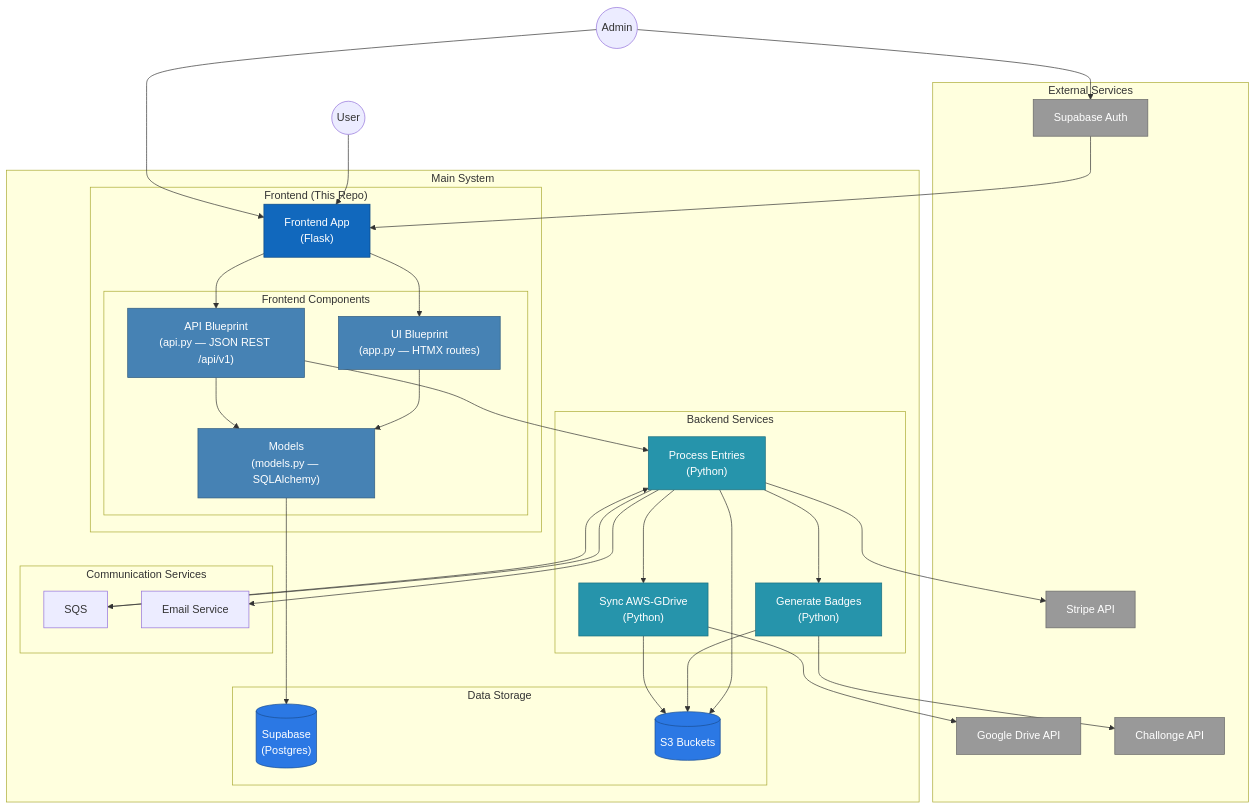
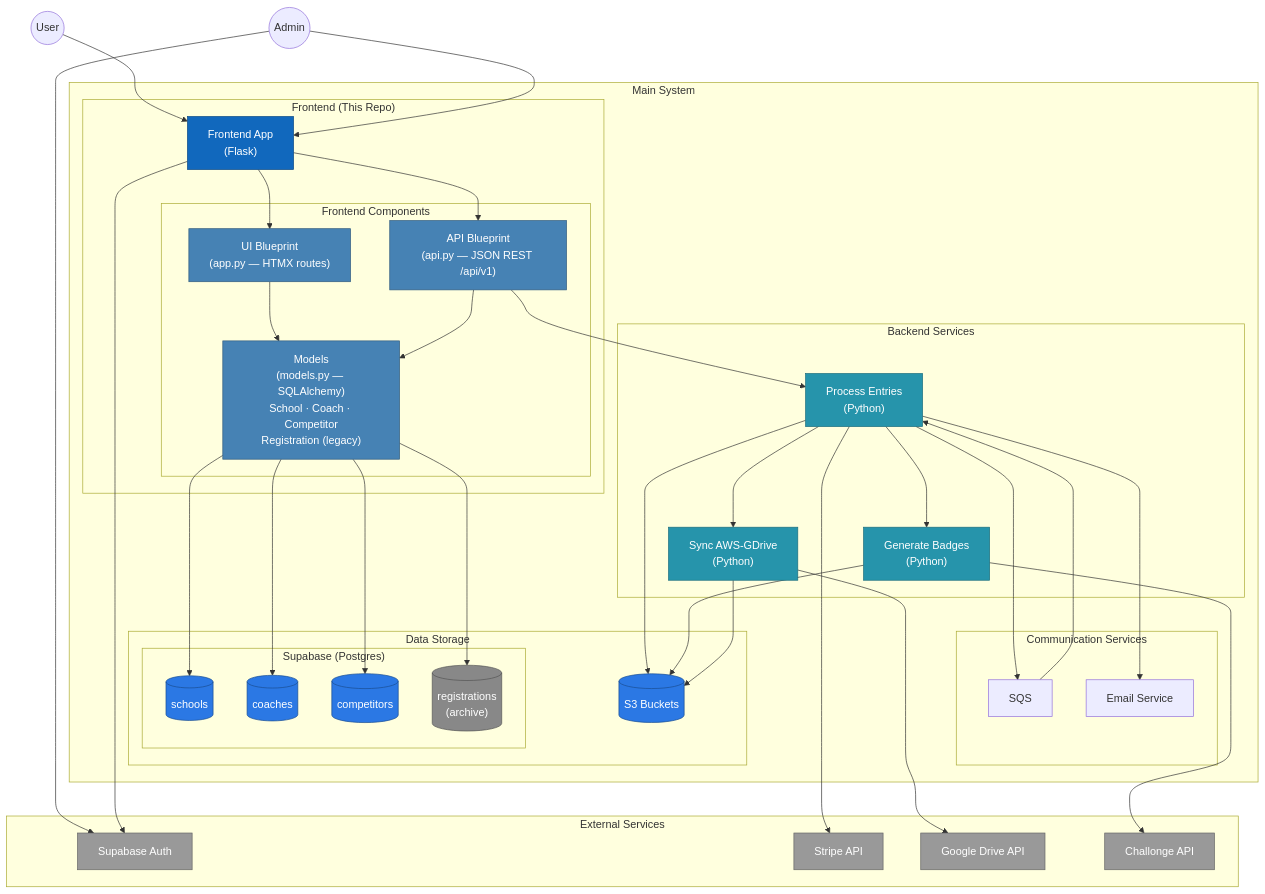
Before and after one commit to audioboxer217/tkd_registration_frontend: the diagram in README.md, drawn with Mermaid. The commit also changed other lines of this file, not shown here.

Commit message:
Update README to reflect refactored DB schema and diagram

````diff
--- a/README.md
+++ b/README.md
@@ -15,7 +15,7 @@
             subgraph "Frontend Components"
                 UIBlueprint["UI Blueprint<br/>(app.py — HTMX routes)"]
                 APIBlueprint["API Blueprint<br/>(api.py — JSON REST /api/v1)"]
-                Models["Models<br/>(models.py — SQLAlchemy)"]
+                Models["Models<br/>(models.py — SQLAlchemy)<br/>School · Coach · Competitor<br/>Registration (legacy)"]
             end
         end
 
@@ -26,7 +26,12 @@
         end
 
         subgraph "Data Storage"
-            Supabase[("Supabase<br/>(Postgres)")]
+            subgraph Supabase["Supabase (Postgres)"]
+                SchoolsTable[("schools")]
+                CoachesTable[("coaches")]
+                CompetitorsTable[("competitors")]
+                RegistrationsTable[("registrations<br/>(archive)")]
+            end
             S3[("S3 Buckets")]
         end
 
@@ -36,13 +41,6 @@
         end
     end
 
-    subgraph "External Services"
-        Stripe["Stripe API"]
-        GoogleDrive["Google Drive API"]
-        Challonge["Challonge API"]
-        SupabaseAuth["Supabase Auth"]
-    end
-
     User --> FrontendApp
     Admin --> FrontendApp
 
@@ -50,7 +48,10 @@
     FrontendApp --> APIBlueprint
     UIBlueprint --> Models
     APIBlueprint --> Models
-    Models --> Supabase
+    Models --> SchoolsTable
+    Models --> CoachesTable
+    Models --> CompetitorsTable
+    Models --> RegistrationsTable
 
     APIBlueprint --> ProcessEntries
     ProcessEntries --> GenerateBadges
@@ -65,21 +66,35 @@
     ProcessEntries --> EmailService
 
     Admin --> SupabaseAuth
-    SupabaseAuth --> FrontendApp
+    FrontendApp --> SupabaseAuth
 
     ProcessEntries --> Stripe
     SyncAWSGDrive --> GoogleDrive
     GenerateBadges --> Challonge
 
+    EmailService ~~~ Stripe
+    EmailService ~~~ GoogleDrive
+    EmailService ~~~ Challonge
+    S3 ~~~ SupabaseAuth
+
+    subgraph "External Services"
+        Stripe["Stripe API"]
+        GoogleDrive["Google Drive API"]
+        Challonge["Challonge API"]
+        SupabaseAuth["Supabase Auth"]
+    end
+
     classDef frontend fill:#1168bd,stroke:#0b4884,color:#ffffff
     classDef frontendComponent fill:#4682b4,stroke:#315b7e,color:#ffffff
     classDef backend fill:#2694ab,stroke:#1a6d7d,color:#ffffff
     classDef database fill:#2b78e4,stroke:#1a4d91,color:#ffffff
+    classDef legacy fill:#888888,stroke:#555555,color:#ffffff
     classDef external fill:#999999,stroke:#666666,color:#ffffff
 
     class FrontendApp frontend
     class UIBlueprint,APIBlueprint,Models frontendComponent
     class ProcessEntries,GenerateBadges,SyncAWSGDrive backend
-    class Supabase,S3 database
+    class SchoolsTable,CoachesTable,CompetitorsTable,S3 database
+    class RegistrationsTable legacy
     class Stripe,GoogleDrive,Challonge,SupabaseAuth external
 ```
````
